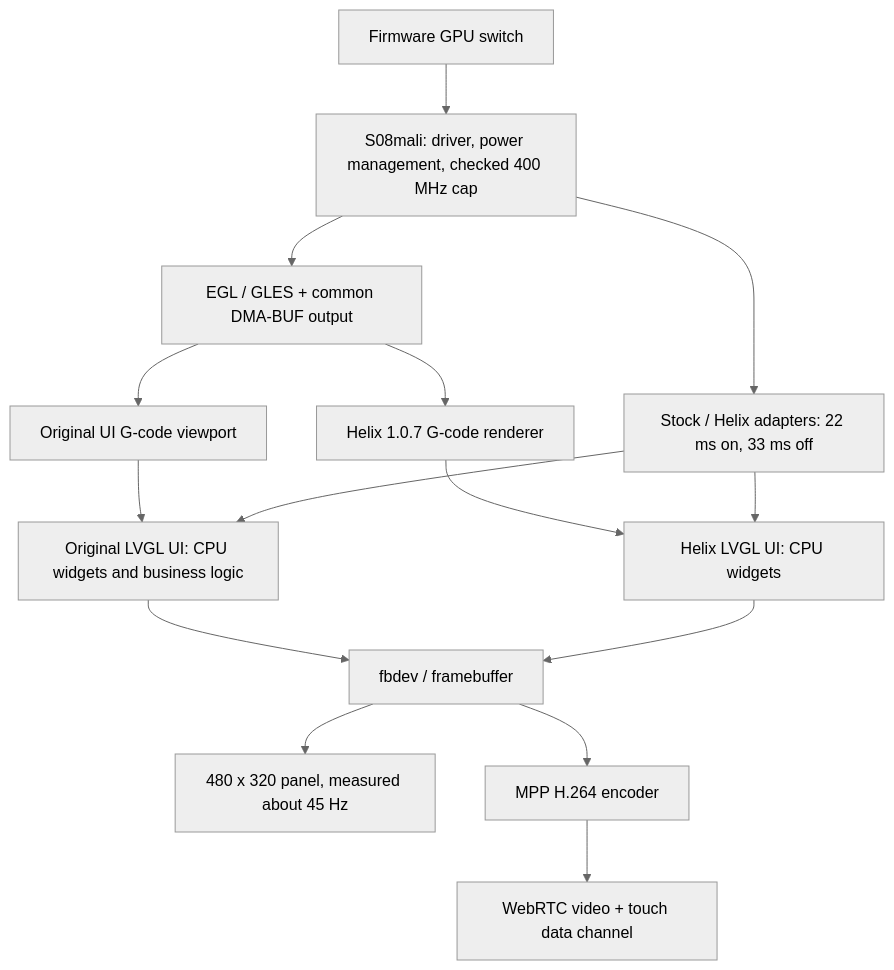
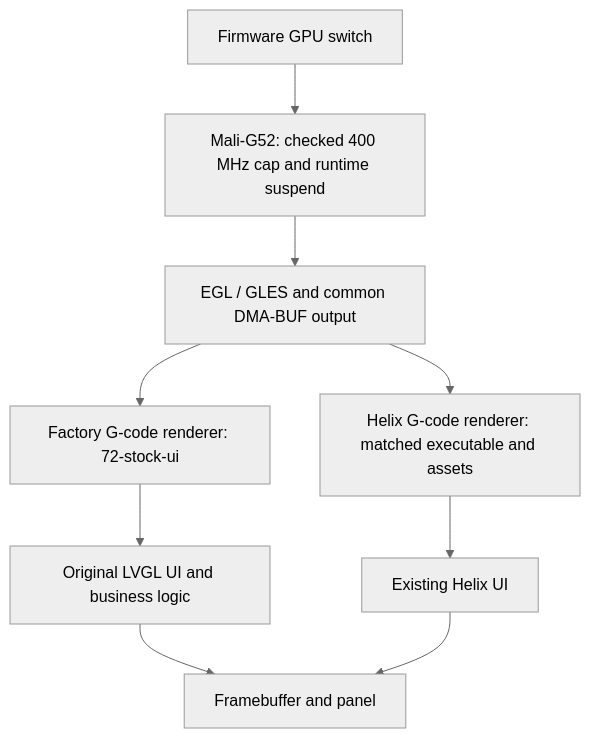
Before and after one commit to BICHENG/SnapmakerU1-Extended-Firmware: the diagram in docs/gpu-architecture.md, drawn with Mermaid (neutral theme). The commit also changed other lines of this file and 5 other files, not shown here.

Commit message:
Consolidate factory G-code and Helix rendering under gpu

````diff
--- a/docs/gpu-architecture.md
+++ b/docs/gpu-architecture.md
@@ -33,17 +15,11 @@
 ```mermaid
 flowchart TD
-    setting["Firmware GPU switch"] --> policy["S08mali: driver, power management, checked 400 MHz cap"]
-    policy --> common["EGL / GLES + common DMA-BUF output"]
-    common --> stock3d["Original UI G-code viewport"]
-    common --> helix3d["Helix 1.0.7 G-code renderer"]
-    policy --> cadence["Stock / Helix adapters: 22 ms on, 33 ms off"]
-    stock3d --> original["Original LVGL UI: CPU widgets and business logic"]
-    helix3d --> helix["Helix LVGL UI: CPU widgets"]
-    cadence --> original
-    cadence --> helix
-    original --> fb["fbdev / framebuffer"]
-    helix --> fb
-    fb --> panel["480 x 320 panel, measured about 45 Hz"]
-    fb --> mpp["MPP H.264 encoder"]
-    mpp --> rtc["WebRTC video + touch data channel"]
+    setting["Firmware GPU switch"] --> runtime["Mali-G52: checked 400 MHz cap and runtime suspend"]
+    runtime --> output["EGL / GLES and common DMA-BUF output"]
+    output --> stock["Factory G-code renderer: 72-stock-ui"]
+    output --> helix["Helix G-code renderer: matched executable and assets"]
+    stock --> native["Original LVGL UI and business logic"]
+    helix --> helixui["Existing Helix UI"]
+    native --> fb["Framebuffer and panel"]
+    helixui --> fb
 ```
````
